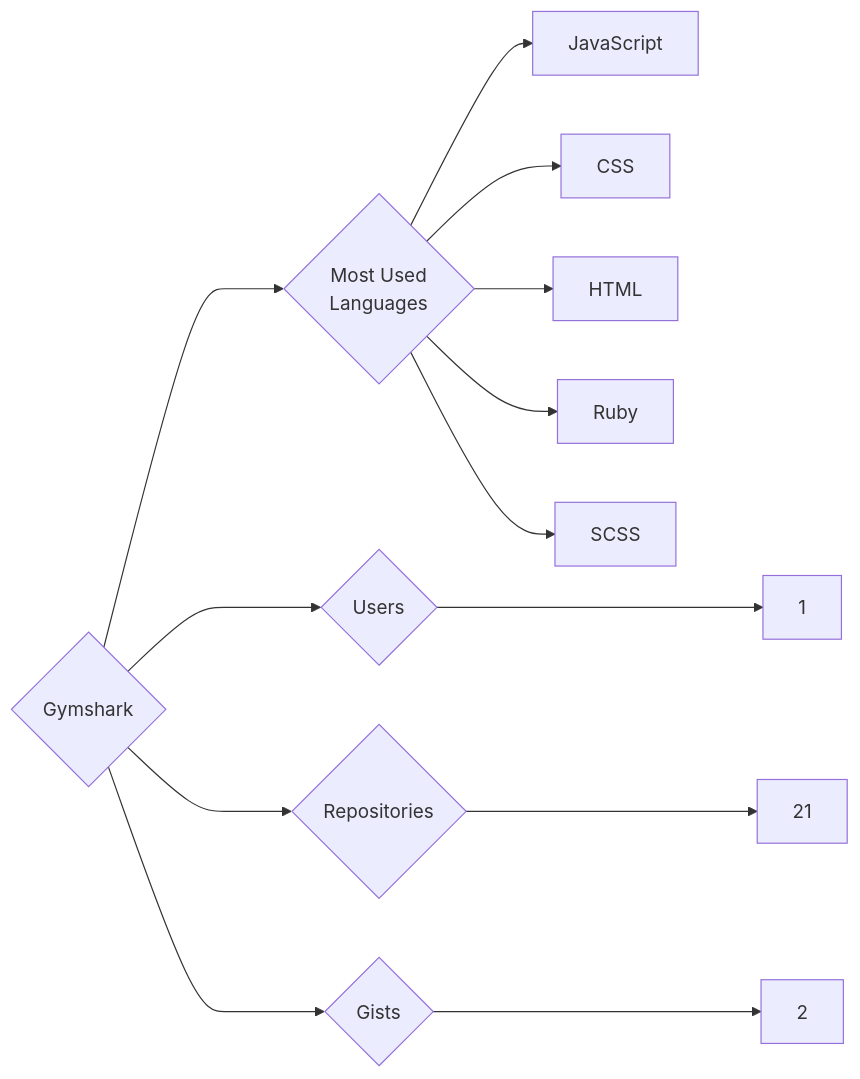
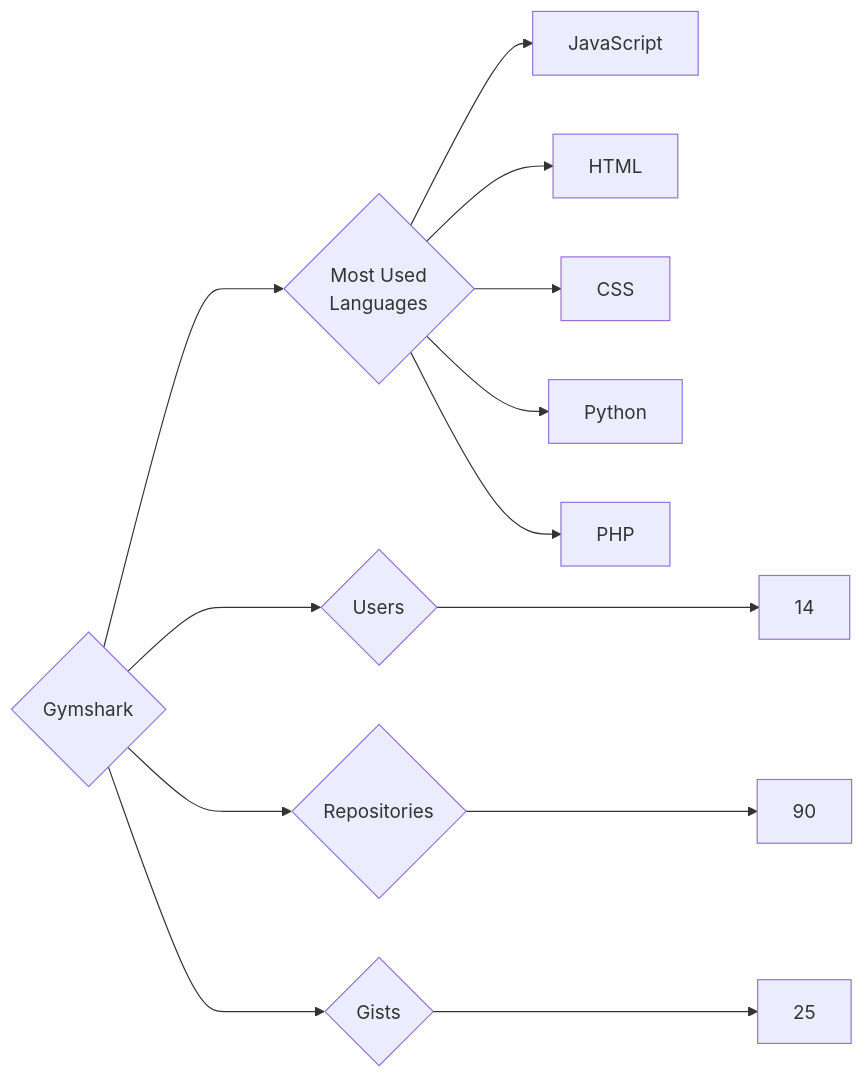
Before and after one commit to trickest/insiders: the diagram in targets/Gymshark/README.md, drawn with Mermaid. The commit also changed 633 other files, not shown here.

````diff
--- a/targets/Gymshark/README.md
+++ b/targets/Gymshark/README.md
@@ -3,13 +3,13 @@
 ```mermaid
 graph LR
 COMPANY_NAME{Gymshark}
-COMPANY_NAME ---> U{Users} ---> UN[1]
-COMPANY_NAME ---> R{Repositories} ---> RN[21]
-COMPANY_NAME ---> G{Gists} ---> GN[2]
+COMPANY_NAME ---> U{Users} ---> UN[14]
+COMPANY_NAME ---> R{Repositories} ---> RN[90]
+COMPANY_NAME ---> G{Gists} ---> GN[25]
 COMPANY_NAME ---> ML{Most Used<br>Languages}
 ML --> JavaScript[JavaScript]
+ML --> HTML[HTML]
 ML --> CSS[CSS]
-ML --> HTML[HTML]
-ML --> Ruby[Ruby]
-ML --> SCSS[SCSS]
+ML --> Python[Python]
+ML --> PHP[PHP]
 ```
````
